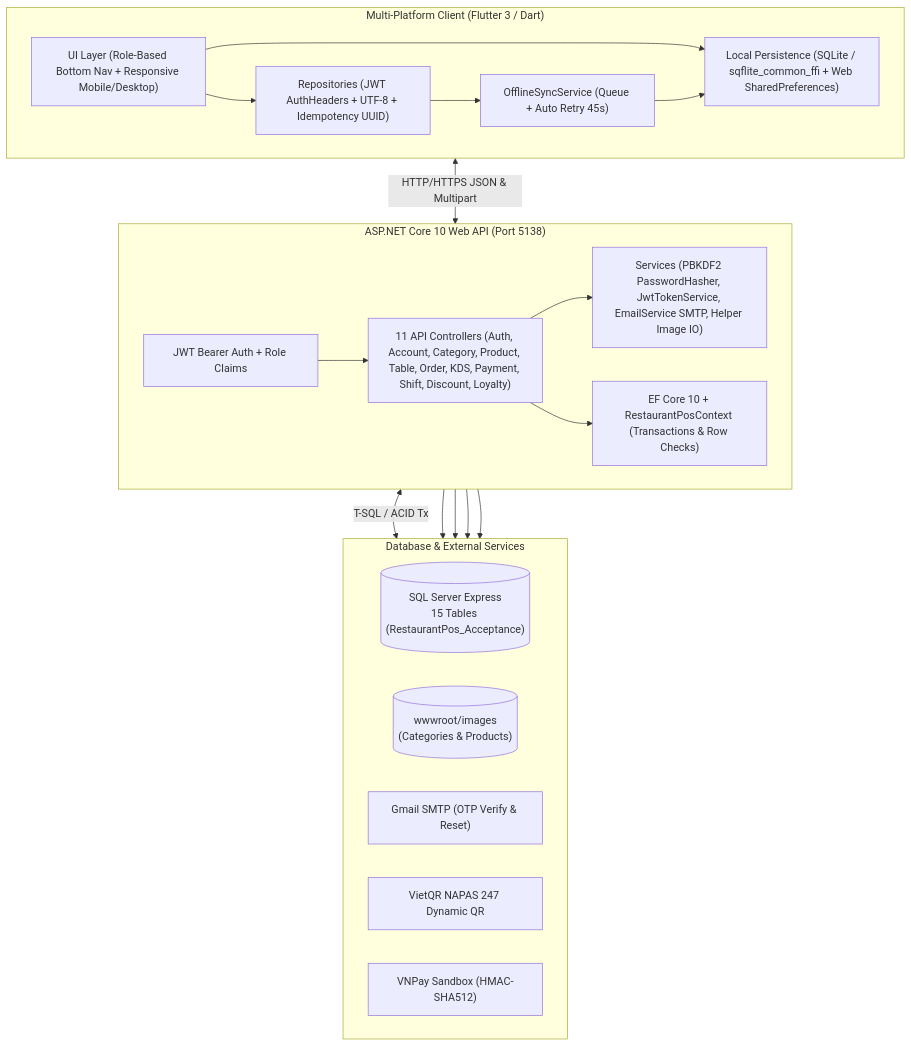
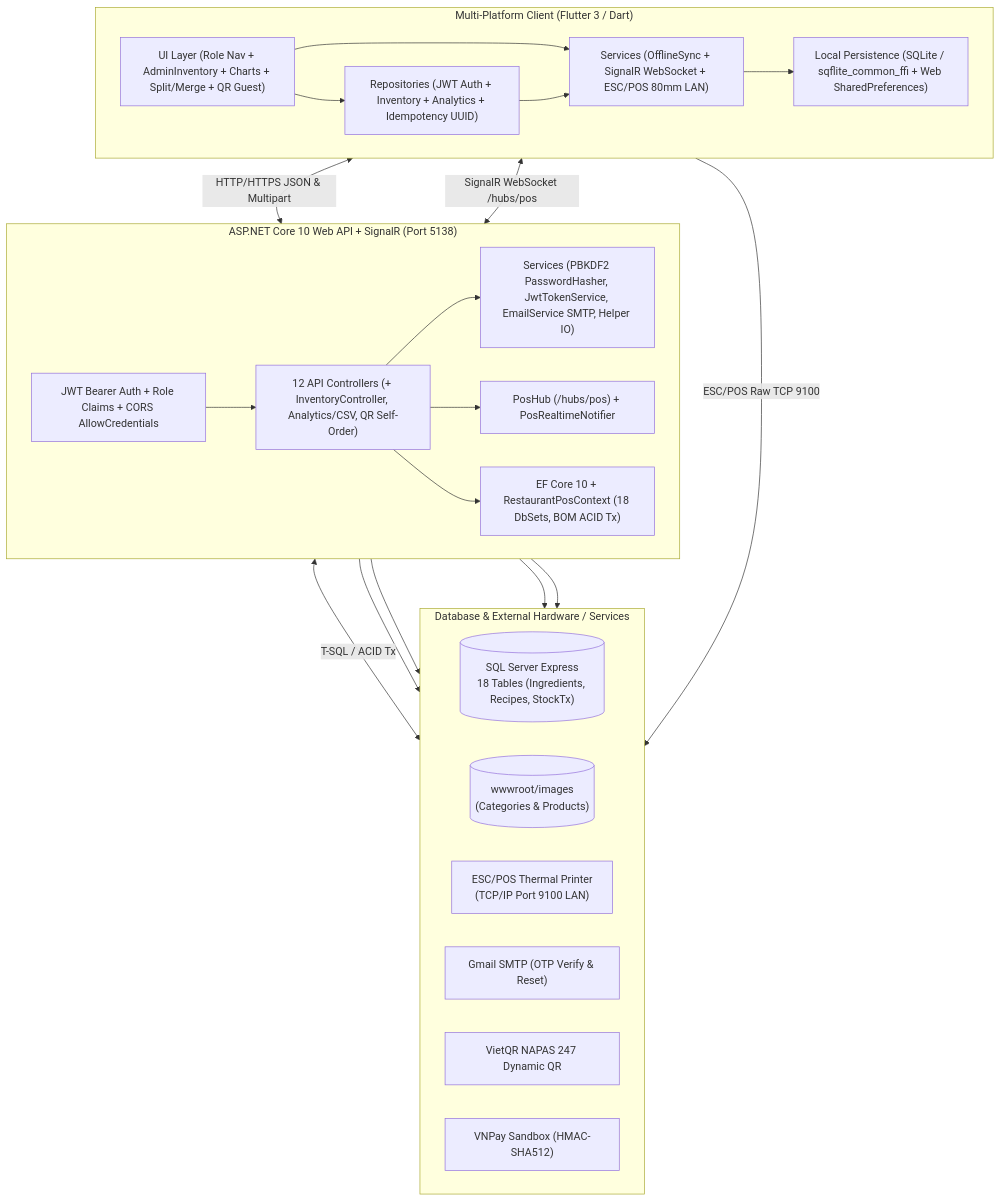
One commit to TanNguyen234/restaurant-pos-system changed the diagram in defense_guide/diagrams/01_system_architecture.mmd. Above: the diagram before and after it, drawn with Mermaid. The commit also changed 19 other files, not shown here.

Commit message:
docs(readme,defense): update README and oral defense pack with diagrams for 18-table upgraded system

```diff
--- a/defense_guide/diagrams/01_system_architecture.mmd
+++ b/defense_guide/diagrams/01_system_architecture.mmd
@@ -1,39 +1,44 @@
 flowchart TB
     subgraph Client["Multi-Platform Client (Flutter 3 / Dart)"]
         direction LR
-        UI["UI Layer (Role-Based Bottom Nav + Responsive Mobile/Desktop)"]
-        Repo["Repositories (JWT AuthHeaders + UTF-8 + Idempotency UUID)"]
+        UI["UI Layer (Role Nav + AdminInventory + Charts + Split/Merge + QR Guest)"]
+        Repo["Repositories (JWT Auth + Inventory + Analytics + Idempotency UUID)"]
+        ServicesClient["Services (OfflineSync + SignalR WebSocket + ESC/POS 80mm LAN)"]
         LocalDB["Local Persistence (SQLite / sqflite_common_ffi + Web SharedPreferences)"]
-        Sync["OfflineSyncService (Queue + Auto Retry 45s)"]
         UI --> Repo
-        UI --> LocalDB
-        Repo --> Sync
-        Sync --> LocalDB
+        UI --> ServicesClient
+        Repo --> ServicesClient
+        ServicesClient --> LocalDB
     end
 
-    subgraph Backend["ASP.NET Core 10 Web API (Port 5138)"]
+    subgraph Backend["ASP.NET Core 10 Web API + SignalR (Port 5138)"]
         direction LR
-        AuthMW["JWT Bearer Auth + Role Claims"]
-        Ctrl["11 API Controllers (Auth, Account, Category, Product, Table, Order, KDS, Payment, Shift, Discount, Loyalty)"]
-        Services["Services (PBKDF2 PasswordHasher, JwtTokenService, EmailService SMTP, Helper Image IO)"]
-        EF["EF Core 10 + RestaurantPosContext (Transactions & Row Checks)"]
+        AuthMW["JWT Bearer Auth + Role Claims + CORS AllowCredentials"]
+        Ctrl["12 API Controllers (+ InventoryController, Analytics/CSV, QR Self-Order)"]
+        Hub["PosHub (/hubs/pos) + PosRealtimeNotifier"]
+        Services["Services (PBKDF2 PasswordHasher, JwtTokenService, EmailService SMTP, Helper IO)"]
+        EF["EF Core 10 + RestaurantPosContext (18 DbSets, BOM ACID Tx)"]
         AuthMW --> Ctrl
         Ctrl --> Services
+        Ctrl --> Hub
         Ctrl --> EF
     end
 
-    subgraph DataAndExt["Database & External Services"]
+    subgraph DataAndExt["Database & External Hardware / Services"]
         direction LR
-        SQL[("SQL Server Express\n15 Tables (RestaurantPos_Acceptance)")]
+        SQL[("SQL Server Express\n18 Tables (Ingredients, Recipes, StockTx)")]
         StaticImg[("wwwroot/images\n(Categories & Products)")]
+        Printer["ESC/POS Thermal Printer\n(TCP/IP Port 9100 LAN)"]
         SMTP["Gmail SMTP (OTP Verify & Reset)"]
         VietQR["VietQR NAPAS 247 Dynamic QR"]
         VNPay["VNPay Sandbox (HMAC-SHA512)"]
     end
 
     Repo <-->|"HTTP/HTTPS JSON & Multipart"| AuthMW
+    ServicesClient <-->|"SignalR WebSocket /hubs/pos"| Hub
+    ServicesClient -->|"ESC/POS Raw TCP 9100"| Printer
     EF <-->|"T-SQL / ACID Tx"| SQL
     Services --> StaticImg
     Services --> SMTP
     Ctrl --> VietQR
     Ctrl --> VNPay
```
